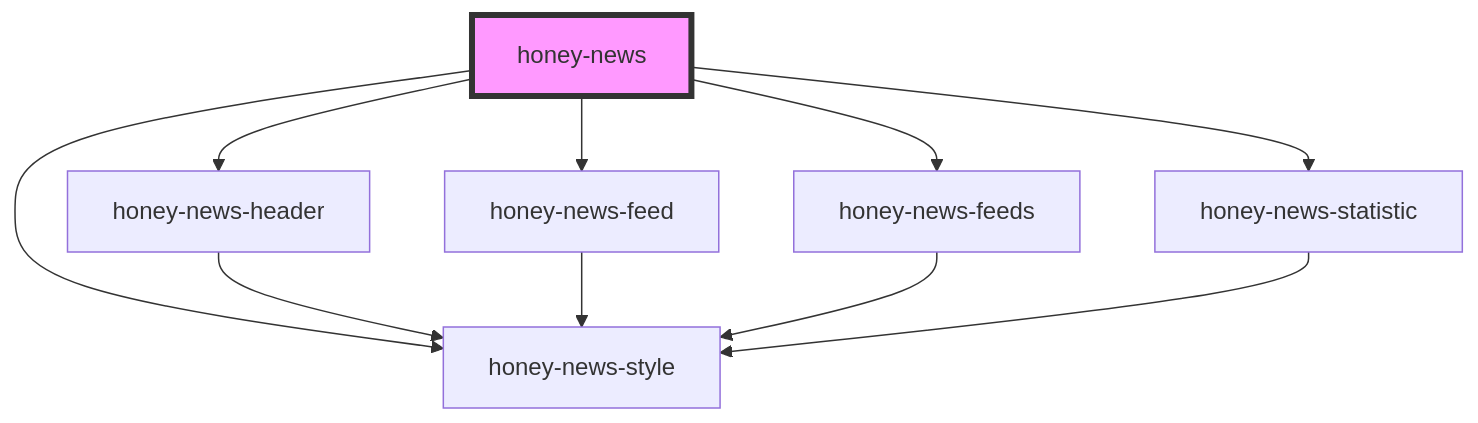
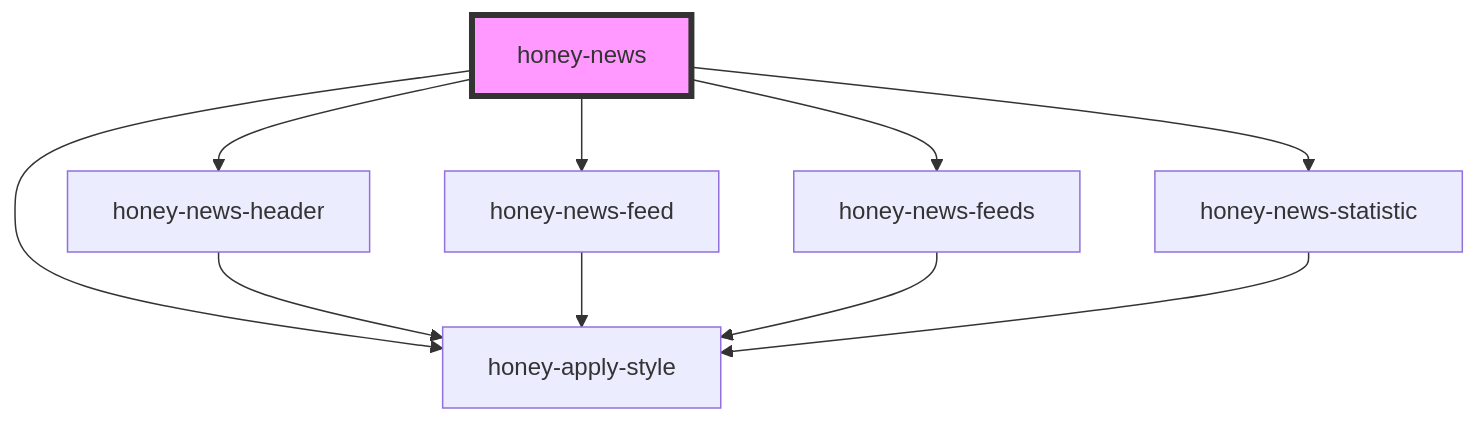
One commit to Huluvu424242/honey-news changed the diagram in src/components/honey-news/readme.md. Above: the diagram before and after it, drawn with Mermaid. The commit also changed other lines of this file and 23 other files, not shown here.

````diff
--- a/src/components/honey-news/readme.md
+++ b/src/components/honey-news/readme.md
@@ -29,13 +29,13 @@
 ```mermaid
 graph TD;
-  honey-news --> honey-news-style
+  honey-news --> honey-apply-style
   honey-news --> honey-news-header
   honey-news --> honey-news-feed
   honey-news --> honey-news-feeds
   honey-news --> honey-news-statistic
-  honey-news-header --> honey-news-style
-  honey-news-feed --> honey-news-style
-  honey-news-feeds --> honey-news-style
-  honey-news-statistic --> honey-news-style
+  honey-news-header --> honey-apply-style
+  honey-news-feed --> honey-apply-style
+  honey-news-feeds --> honey-apply-style
+  honey-news-statistic --> honey-apply-style
   style honey-news fill:#f9f,stroke:#333,stroke-width:4px
 ```
````
